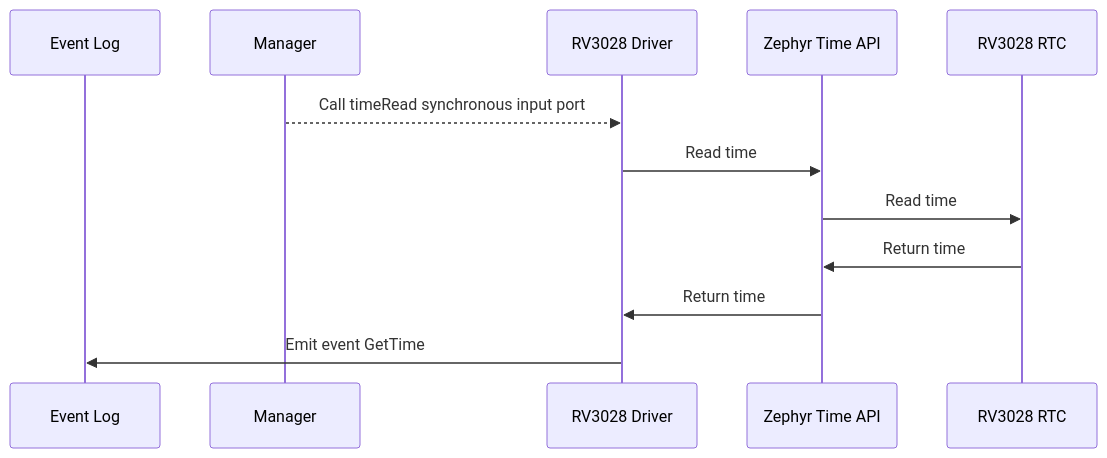
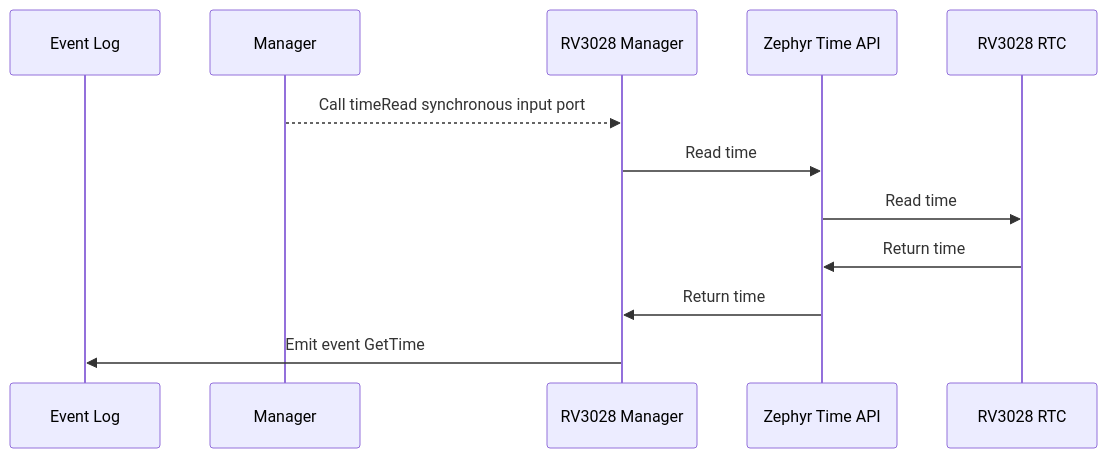
One commit to Open-Source-Space-Foundation/proves-core-reference changed the fourth of 8 diagrams in FprimeZephyrReference/Components/Drv/Rv3028Manager/docs/sdd.md. Above: the diagram before and after it, drawn with Mermaid. The commit also changed other lines of this file and 8 other files, not shown here.

Commit message:
Rename references from Rv3028Driver to Rv3028Manager

````diff
--- a/FprimeZephyrReference/Components/Drv/Rv3028Manager/docs/sdd.md
+++ b/FprimeZephyrReference/Components/Drv/Rv3028Manager/docs/sdd.md
@@ -112,14 +112,14 @@
 ```mermaid
 sequenceDiagram
     participant Event Log
     participant Manager
-    participant RV3028 Driver
+    participant RV3028 Manager
     participant Zephyr Time API
     participant RV3028 RTC
-    Manager-->>RV3028 Driver: Call timeRead synchronous input port
-    RV3028 Driver->>Zephyr Time API: Read time
+    Manager-->>RV3028 Manager: Call timeRead synchronous input port
+    RV3028 Manager->>Zephyr Time API: Read time
     Zephyr Time API->>RV3028 RTC: Read time
     RV3028 RTC->>Zephyr Time API: Return time
-    Zephyr Time API->>RV3028 Driver: Return time
-    RV3028 Driver->>Event Log: Emit event GetTime
+    Zephyr Time API->>RV3028 Manager: Return time
+    RV3028 Manager->>Event Log: Emit event GetTime
 ```
````
